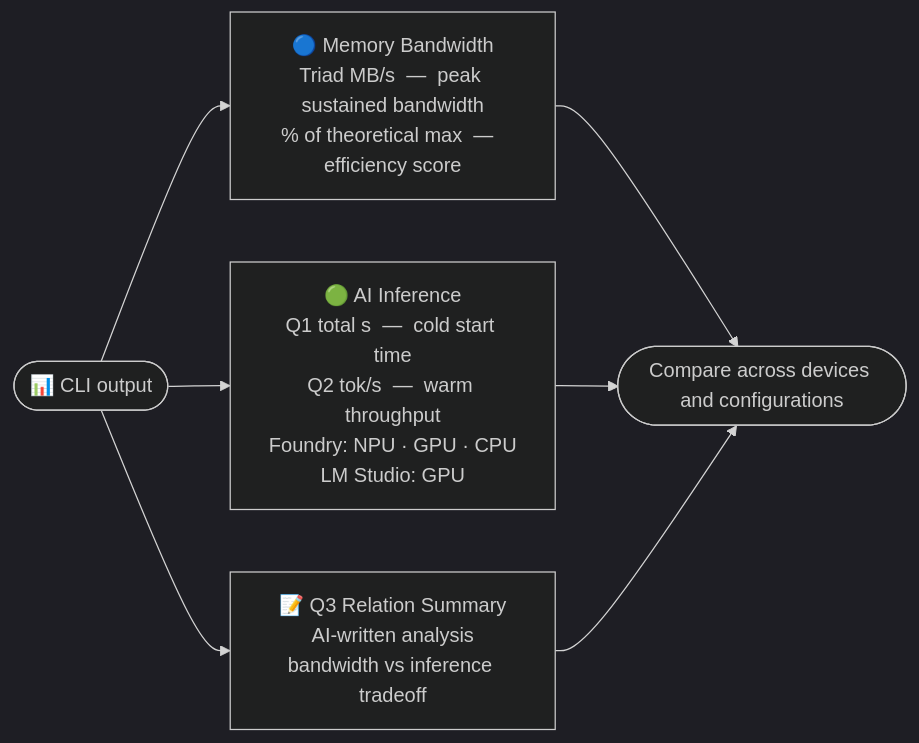
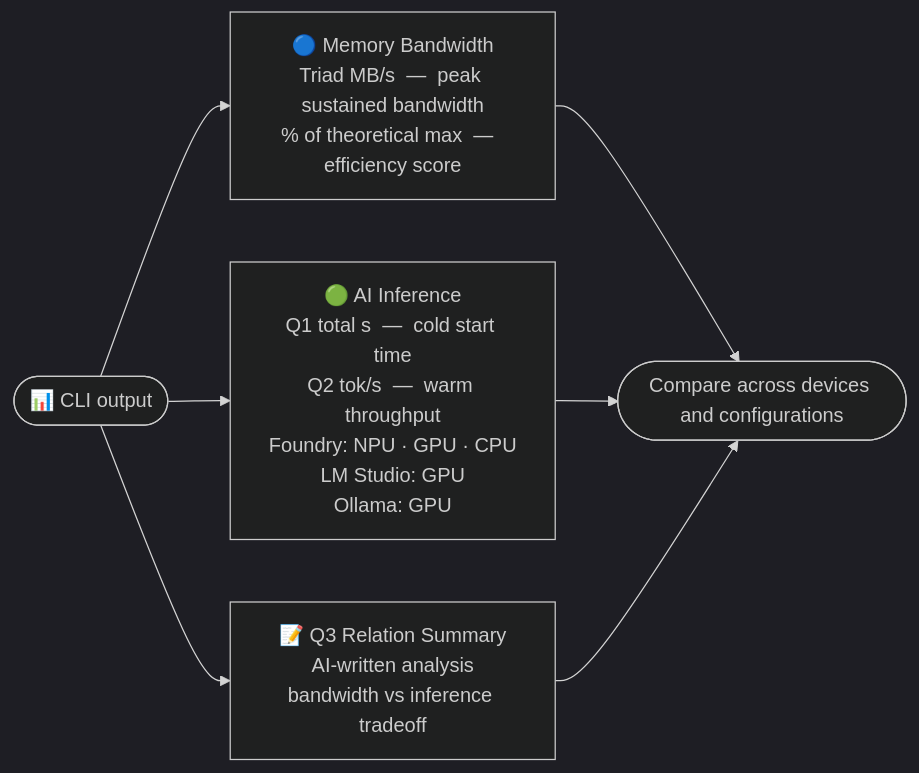
The second of 2 diagrams in README.md (tsjeremy/StreamBench), drawn with Mermaid (dark theme) before and after one commit. The commit also changed other lines of this file and 11 other files, not shown here.

````diff
--- a/README.md
+++ b/README.md
@@ -656,12 +700,12 @@
 ```mermaid
 flowchart LR
     A(["📊 CLI output"]) --> B & C & D
 
     B["🔵 Memory Bandwidth<br/>Triad MB/s  —  peak sustained bandwidth<br/>% of theoretical max  —  efficiency score"]
 
-    C["🟢 AI Inference<br/>Q1 total s  —  cold start time<br/>Q2 tok/s  —  warm throughput<br/>Foundry: NPU · GPU · CPU<br/>LM Studio: GPU"]
+    C["🟢 AI Inference<br/>Q1 total s  —  cold start time<br/>Q2 tok/s  —  warm throughput<br/>Foundry: NPU · GPU · CPU<br/>LM Studio: GPU<br/>Ollama: GPU"]
 
     D["📝 Q3 Relation Summary<br/>AI-written analysis<br/>bandwidth vs inference tradeoff"]
 
     B & C & D --> E(["Compare across devices and configurations"])
 ```
````
